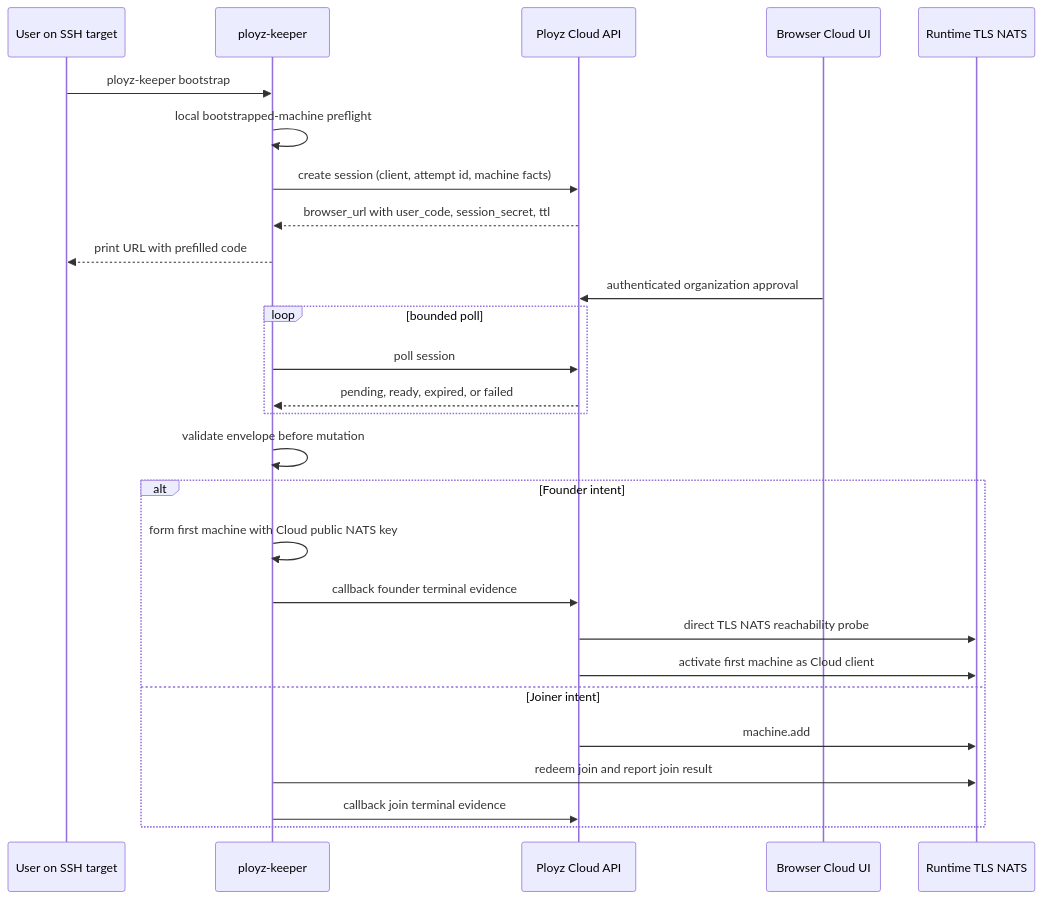
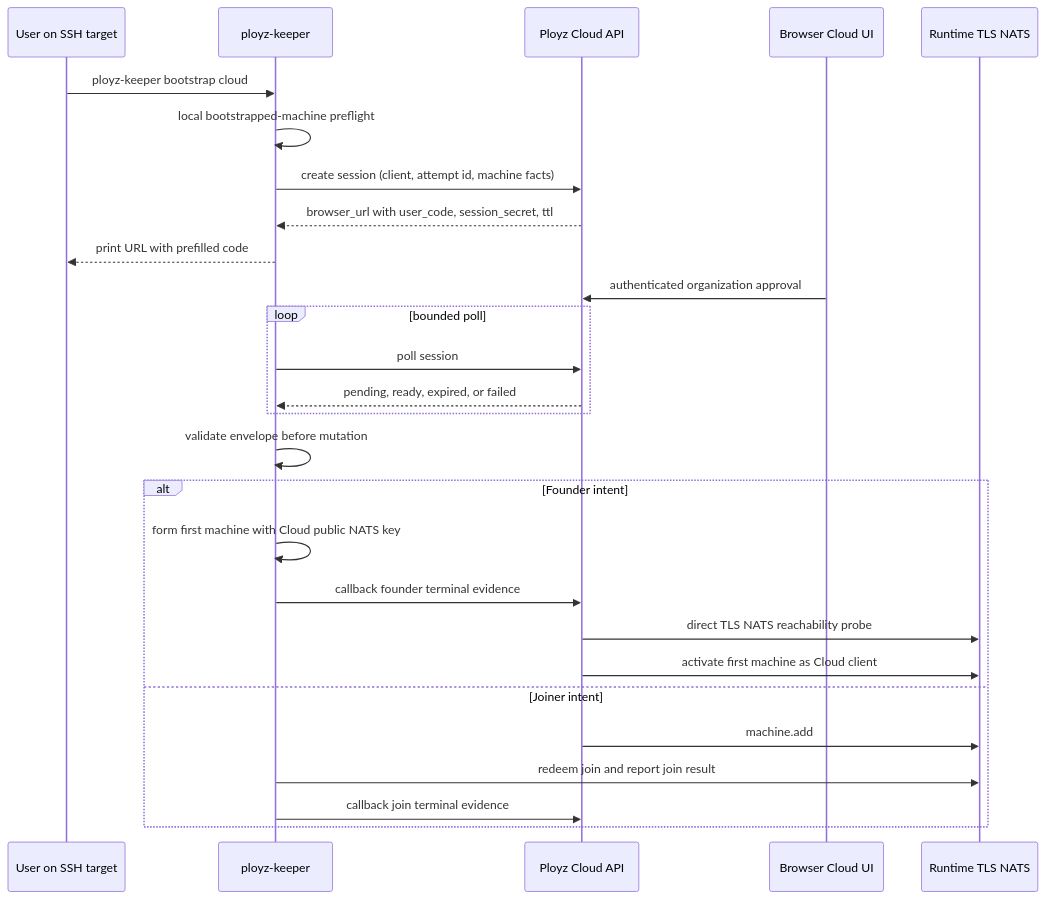
The second of 3 diagrams in docs/plans/2026-06-26-002-feat-cross-repo-cloud-bootstrap-full-functionality-plan.md (getployz/ployz), drawn with Mermaid before and after one commit. The commit also changed other lines of this file and 8 other files, not shown here.

Commit message:
fix(cli): route bootstrap through keeper

````diff
--- a/docs/plans/2026-06-26-002-feat-cross-repo-cloud-bootstrap-full-functionality-plan.md
+++ b/docs/plans/2026-06-26-002-feat-cross-repo-cloud-bootstrap-full-functionality-plan.md
@@ -375,30 +375,30 @@
 ```mermaid
 sequenceDiagram
   participant U as User on SSH target
   participant K as ployz-keeper
   participant C as Ployz Cloud API
   participant B as Browser Cloud UI
   participant N as Runtime TLS NATS
 
-  U->>K: ployz-keeper bootstrap
+  U->>K: ployz-keeper bootstrap cloud
   K->>K: local bootstrapped-machine preflight
   K->>C: create session (client, attempt id, machine facts)
   C-->>K: browser_url with user_code, session_secret, ttl
   K-->>U: print URL with prefilled code
   B->>C: authenticated organization approval
   loop bounded poll
     K->>C: poll session
     C-->>K: pending, ready, expired, or failed
   end
   K->>K: validate envelope before mutation
   alt Founder intent
     K->>K: form first machine with Cloud public NATS key
     K->>C: callback founder terminal evidence
     C->>N: direct TLS NATS reachability probe
     C->>N: activate first machine as Cloud client
   else Joiner intent
     C->>N: machine.add
     K->>N: redeem join and report join result
     K->>C: callback join terminal evidence
   end
 ```
````
